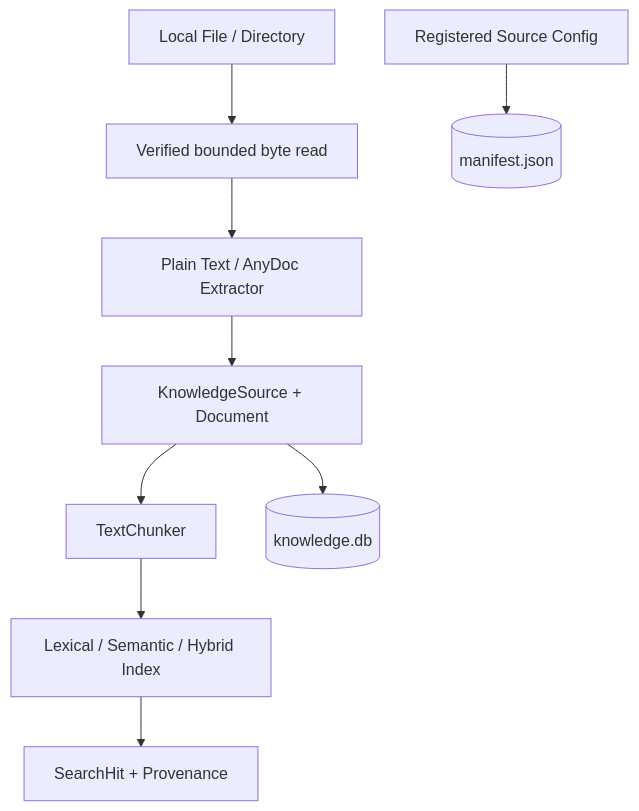
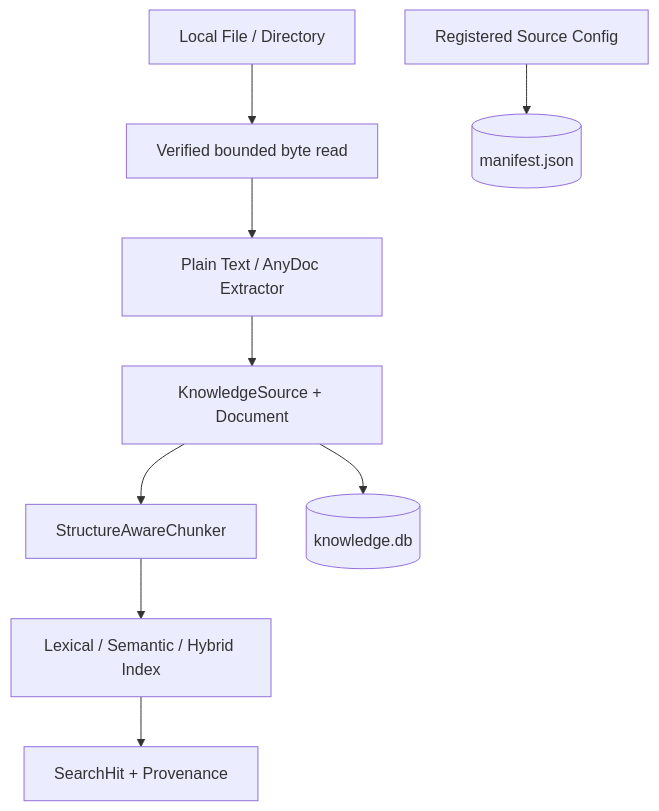
One commit to SwartzMss/NexusMind changed the second of 3 diagrams in docs/architecture.md. Above: the diagram before and after it, drawn with Mermaid. The commit also changed other lines of this file and 15 other files, not shown here.

Commit message:
feat: add structure-aware markdown chunking

````diff
--- a/docs/architecture.md
+++ b/docs/architecture.md
@@ -42,11 +42,11 @@
 ```mermaid
 flowchart TD
     Files[Local File / Directory] --> Adapter[Verified bounded byte read]
     Adapter --> Extractor[Plain Text / AnyDoc Extractor]
     Extractor --> Canonical[KnowledgeSource + Document]
-    Canonical --> Chunker[TextChunker]
+    Canonical --> Chunker[StructureAwareChunker]
     Chunker --> Index[Lexical / Semantic / Hybrid Index]
     Index --> Results[SearchHit + Provenance]
     Canonical --> SQLite[(knowledge.db)]
     Config[Registered Source Config] --> Manifest[(manifest.json)]
 ```
````
